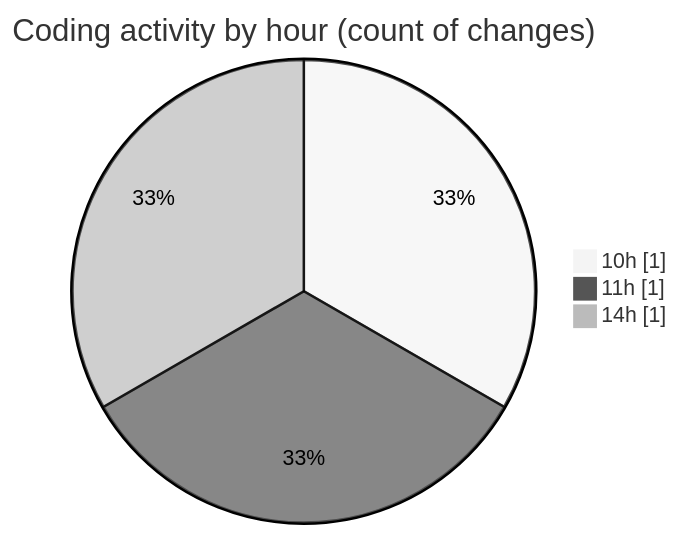
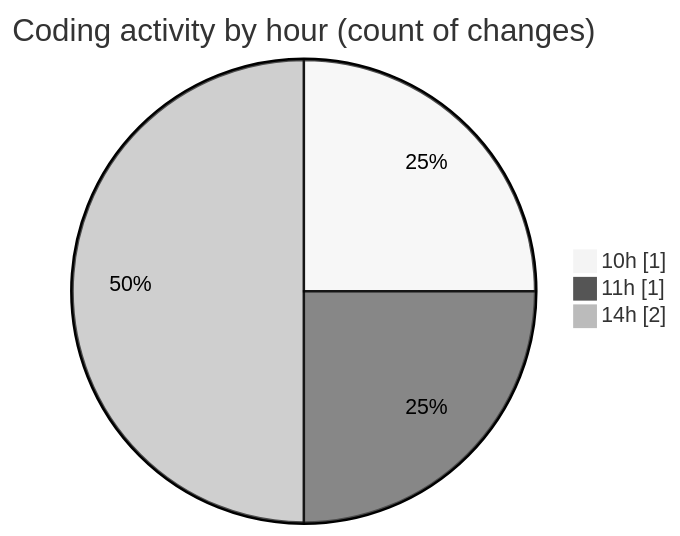
The second of 2 diagrams in 2026-02-17/nxtqube_webapp/README.md (nxtqubesakshisongat/code-tracking), drawn with Mermaid (neutral theme) before and after one commit. The commit also changed other lines of this file and 1 other file, not shown here.

````diff
--- a/2026-02-17/nxtqube_webapp/README.md
+++ b/2026-02-17/nxtqube_webapp/README.md
@@ -29,7 +30,7 @@
 ```mermaid
 pie showData
 title Coding activity by hour (count of changes)
 "10h" : 1
 "11h" : 1
-"14h" : 1
+"14h" : 2
 ```
````
